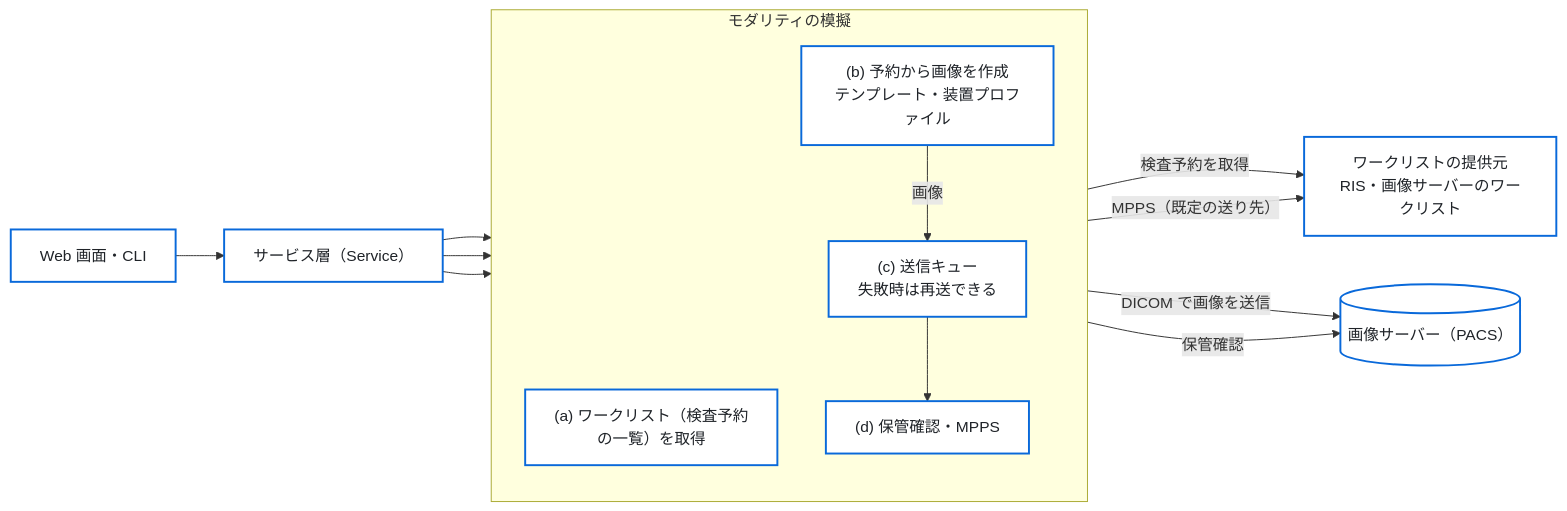
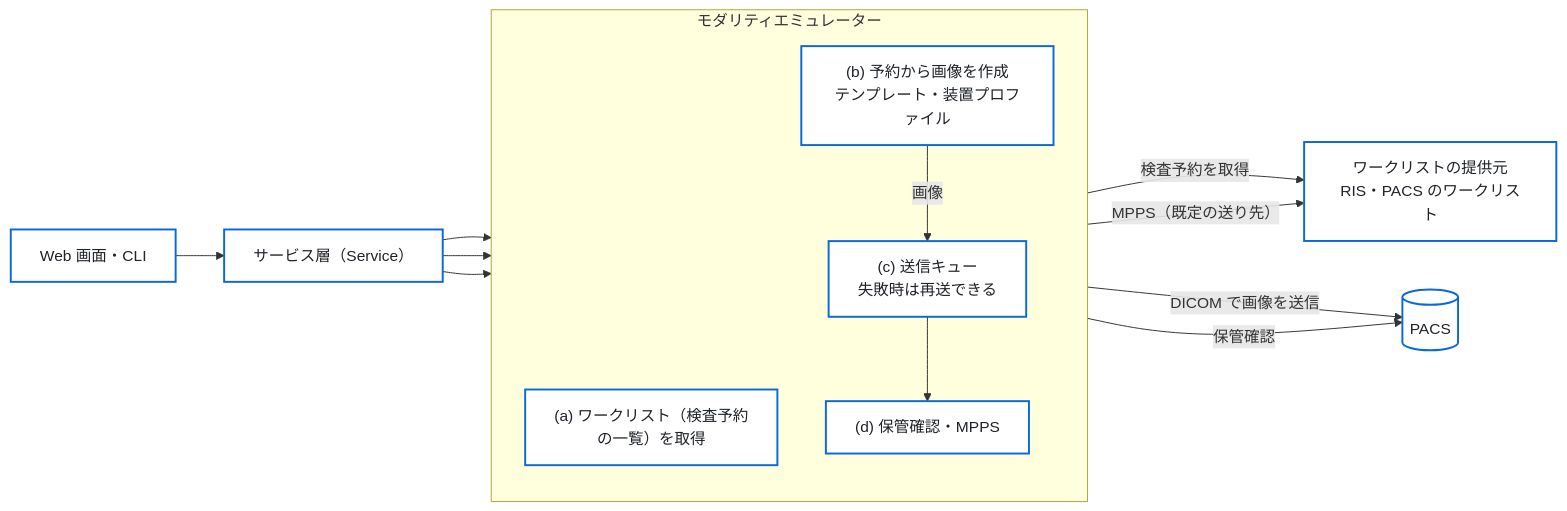
One commit to jeysunit/dicom-test-generator changed the diagram in README.md. Above: the diagram before and after it, drawn with Mermaid. The commit also changed other lines of this file, not shown here.

Commit message:
docs(readme): tsunagi-dicom の図を外し、「模擬」をやめ、画像サーバーを PACS にそろえる

````diff
--- a/README.md
+++ b/README.md
@@ -46,27 +46,27 @@
 ```mermaid
 flowchart LR
   classDef box fill:#ffffff,stroke:#0969da,stroke-width:2px,color:#1f2328
 
   UI["Web 画面・CLI"]:::box
   SVC["サービス層（Service）"]:::box
-  subgraph FLOW["モダリティの模擬"]
+  subgraph FLOW["モダリティエミュレーター"]
     direction TB
     MWL["(a) ワークリスト（検査予約の一覧）を取得"]:::box
     MAKE["(b) 予約から画像を作成<br/>テンプレート・装置プロファイル"]:::box
     QUEUE["(c) 送信キュー<br/>失敗時は再送できる"]:::box
     COMMIT["(d) 保管確認・MPPS"]:::box
   end
-  RIS["ワークリストの提供元<br/>RIS・画像サーバーのワークリスト"]:::box
-  PACS[("画像サーバー（PACS）")]:::box
+  RIS["ワークリストの提供元<br/>RIS・PACS のワークリスト"]:::box
+  PACS[("PACS")]:::box
 
   UI --> SVC
   SVC --> MWL
   SVC --> MAKE
   SVC --> QUEUE
   MWL -->|"検査予約を取得"| RIS
   MAKE -->|"画像"| QUEUE
   QUEUE -->|"DICOM で画像を送信"| PACS
   QUEUE --> COMMIT
   COMMIT -->|"保管確認"| PACS
   COMMIT -->|"MPPS（既定の送り先）"| RIS
 ```
````
